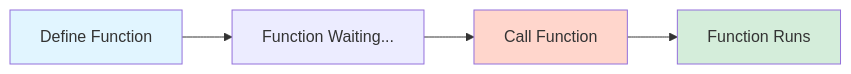
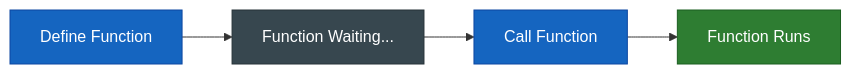
The first of 4 diagrams in newInstructions.md (GedikEngin/CSU_CS150_SP26_Lab03), drawn with Mermaid before and after one commit. The commit also changed other lines of this file, not shown here.

````diff
--- a/newInstructions.md
+++ b/newInstructions.md
@@ -34,9 +33,10 @@
 ```mermaid
 graph LR
     A[Define Function] --> B[Function Waiting...]
     B --> C[Call Function] --> D[Function Runs]
-    
-    style A fill:#e1f5ff
-    style C fill:#ffd6cc
-    style D fill:#d4edda
+
+    style A fill:#1565c0,stroke:#0d47a1,color:#fff
+    style B fill:#37474f,stroke:#263238,color:#fff
+    style C fill:#1565c0,stroke:#0d47a1,color:#fff
+    style D fill:#2e7d32,stroke:#1b5e20,color:#fff
 ```
````
